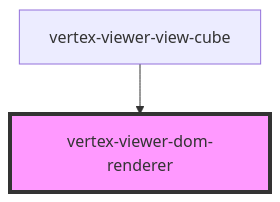
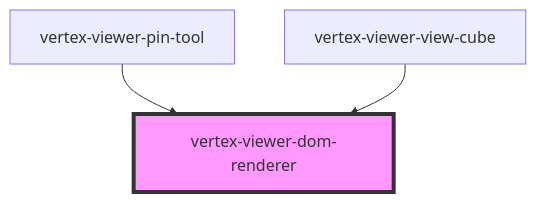
The diagram in packages/viewer/src/components/viewer-dom-renderer/readme.md (Vertexvis/vertex-web-sdk), drawn with Mermaid before and after one commit. The commit also changed other lines of this file and 28 other files, not shown here.

````diff
--- a/packages/viewer/src/components/viewer-dom-renderer/readme.md
+++ b/packages/viewer/src/components/viewer-dom-renderer/readme.md
@@ -231,5 +232,6 @@
 ```mermaid
 graph TD;
+  vertex-viewer-pin-tool --> vertex-viewer-dom-renderer
   vertex-viewer-view-cube --> vertex-viewer-dom-renderer
   style vertex-viewer-dom-renderer fill:#f9f,stroke:#333,stroke-width:4px
 ```
````
